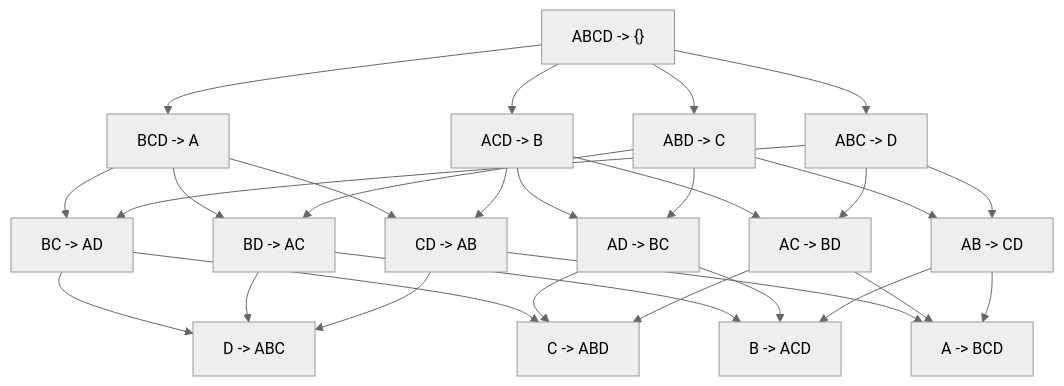
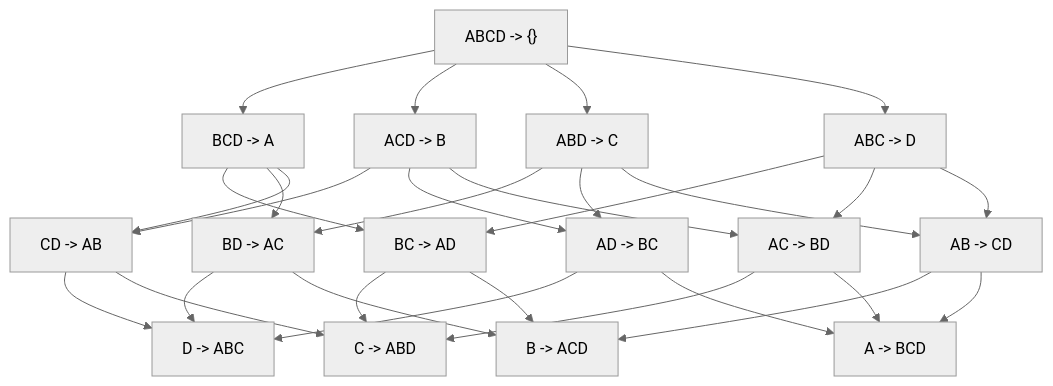
One commit to w4bo/AA2627-unibo-mldm changed the sixth of 6 diagrams in slides/07-association.qmd. Above: the diagram before and after it, drawn with Mermaid (neutral theme). The commit also changed other lines of this file and 4 other files, not shown here.

````diff
--- a/slides/07-association.qmd
+++ b/slides/07-association.qmd
@@ -811,54 +811,54 @@
 ```{mermaid}
 %%| echo: false
 
 flowchart TB
   R0["ABCD -> {}"]
 
   R1A["BCD -> A"]
   R1B["ACD -> B"]
   R1C["ABD -> C"]
   R1D["ABC -> D"]
 
   R2A["BC -> AD"]
   R2B["BD -> AC"]
   R2C["CD -> AB"]
   R2D["AD -> BC"]
   R2E["AC -> BD"]
   R2F["AB -> CD"]
 
   R3A["D -> ABC"]
   R3B["C -> ABD"]
   R3C["B -> ACD"]
   R3D["A -> BCD"]
 
   R0 --> R1A
   R0 --> R1B
   R0 --> R1C
   R0 --> R1D
 
   R1A --> R2A
   R1A --> R2B
   R1A --> R2C
   R1B --> R2C
   R1B --> R2D
   R1B --> R2E
   R1C --> R2B
   R1C --> R2D
   R1C --> R2F
   R1D --> R2A
   R1D --> R2E
   R1D --> R2F
 
-  R2A --> R3A
   R2A --> R3B
+  R2A --> R3C
   R2B --> R3A
   R2B --> R3C
   R2C --> R3A
-  R2C --> R3D
-  R2D --> R3B
-  R2D --> R3C
+  R2C --> R3B
+  R2D --> R3A
+  R2D --> R3D
   R2E --> R3B
   R2E --> R3D
   R2F --> R3C
   R2F --> R3D
 ```
````
